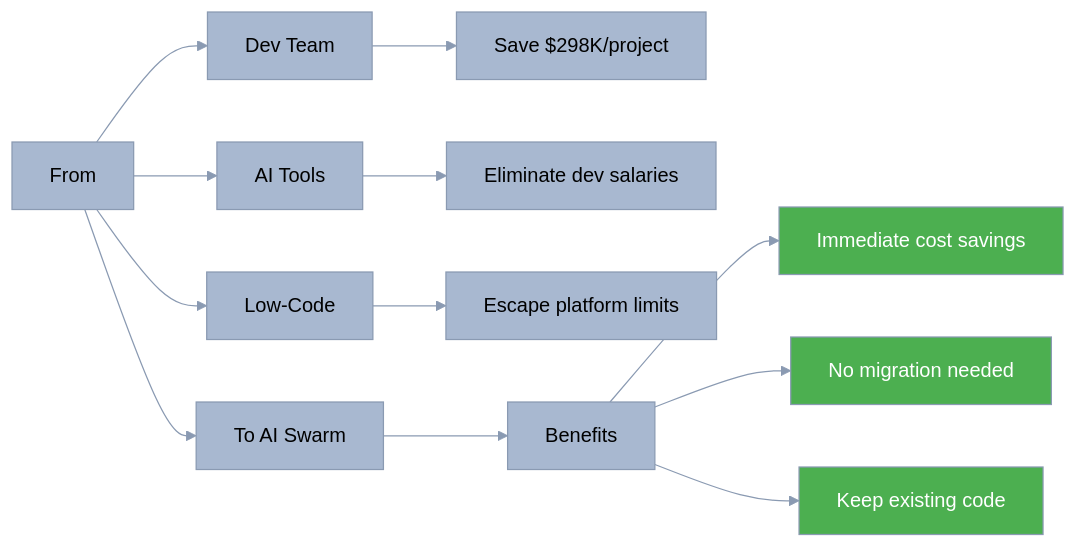
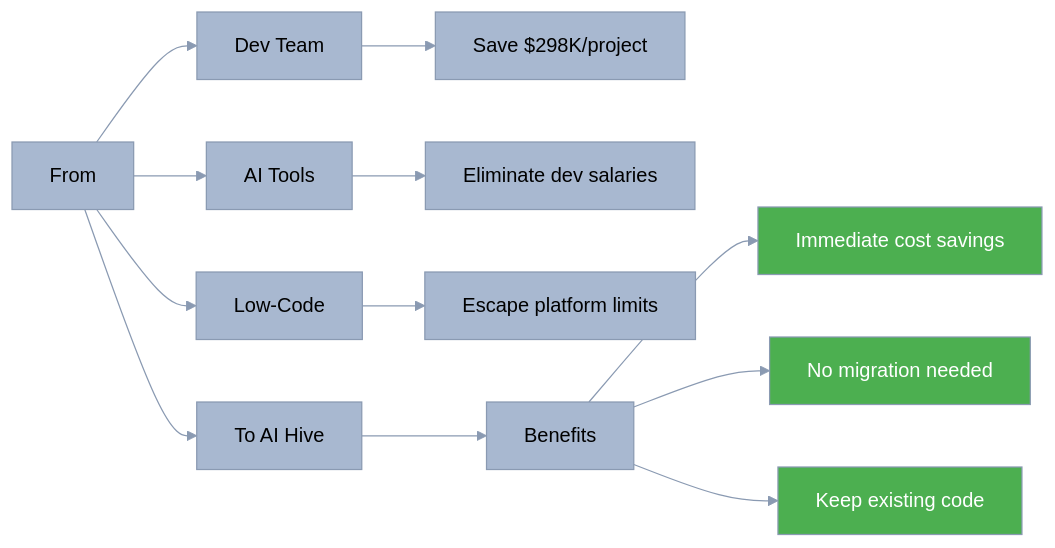
Before and after one commit to o2alexanderfedin/AI-Hive-Business-Docs: diagram 14 of 18 in business-documents/competitive-positioning/06-go-to-market-positioning.md, drawn with Mermaid. The commit also changed other lines of this file and 22 other files, not shown here.

First line of the commit message:
Replace all references from 'AI Swarm' to 'AI Hive' across project

````diff
--- a/business-documents/competitive-positioning/06-go-to-market-positioning.md
+++ b/business-documents/competitive-positioning/06-go-to-market-positioning.md
@@ -774,33 +774,33 @@
 ```mermaid
 %%{init: {
   'theme': 'base',
   'themeVariables': {
     'primaryColor': '#A8B8D0',
     'primaryTextColor': '#000000',
     'primaryBorderColor': '#8A9AB2',
     'lineColor': '#8A9AB2',
     'secondaryColor': '#5DBCB6',
     'tertiaryColor': '#84D4F5',
     'background': '#F5F5F5'
   }
 }}%%
 graph LR
-    A[From] --> B[To AI Swarm]
+    A[From] --> B[To AI Hive]
 
     A --> C[Dev Team]
     A --> D[AI Tools]
     A --> E[Low-Code]
 
     C --> C1[Save $298K/project]
     D --> D1[Eliminate dev salaries]
     E --> E1[Escape platform limits]
 
     B --> F[Benefits]
     F --> F1[Immediate cost savings]
     F --> F2[No migration needed]
     F --> F3[Keep existing code]
 
     style F1 fill:#4CAF50,color:#fff
     style F2 fill:#4CAF50,color:#fff
     style F3 fill:#4CAF50,color:#fff
 ```
````
